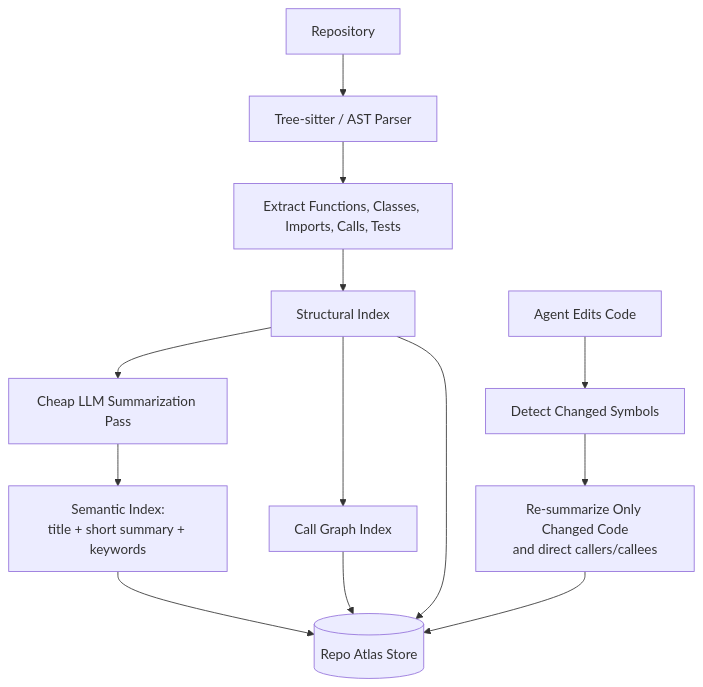
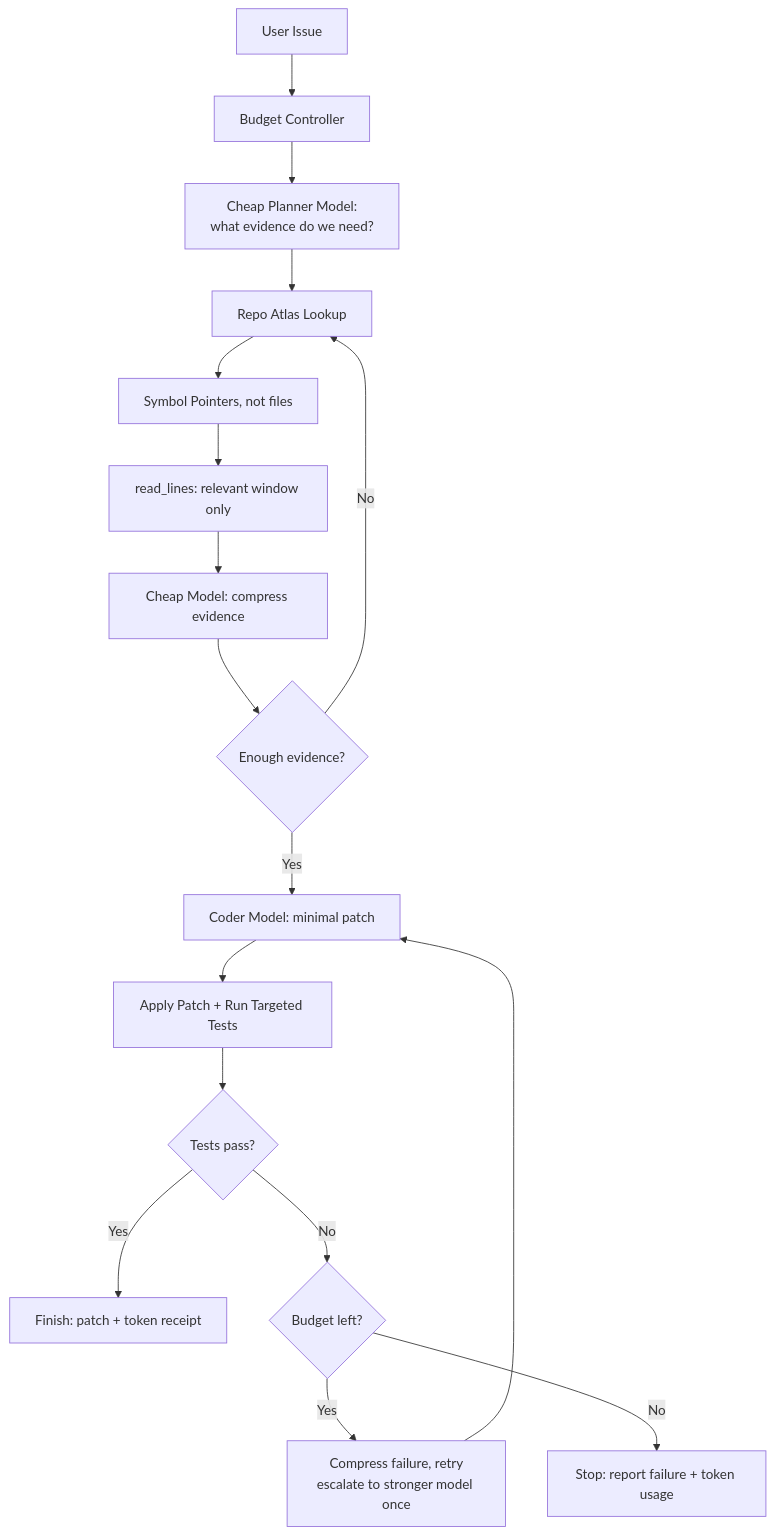
One commit to YazanDash/global-hackathon changed the third of 5 diagrams in README.md. Above: the diagram before and after it, drawn with Mermaid. The commit also changed other lines of this file, not shown here.

````diff
--- a/README.md
+++ b/README.md
@@ -92,19 +122,19 @@
 ```mermaid
 flowchart TD
-    A[Repository] --> B[Tree-sitter / AST Parser]
-    B --> C[Extract Functions, Classes, Imports, Calls, Tests]
-    C --> D[Structural Index]
-
-    D --> E[Cheap LLM Summarization Pass]
-    E --> F[Semantic Index:<br/>title + short summary + keywords]
-
-    D --> G[Call Graph Index]
-
-    F --> H[(Repo Atlas Store)]
-    G --> H
-    D --> H
-
-    I[Agent Edits Code] --> J[Detect Changed Symbols]
-    J --> K[Re-summarize Only Changed Code<br/>and direct callers/callees]
-    K --> H
+    A[User Issue] --> B[Budget Controller]
+    B --> C[Cheap Planner Model:<br/>what evidence do we need?]
+    C --> D[Repo Atlas Lookup]
+    D --> E[Symbol Pointers, not files]
+    E --> F[read_lines: relevant window only]
+    F --> G[Cheap Model: compress evidence]
+    G --> H{Enough evidence?}
+    H -- No --> D
+    H -- Yes --> I[Coder Model: minimal patch]
+    I --> J[Apply Patch + Run Targeted Tests]
+    J --> K{Tests pass?}
+    K -- Yes --> L[Finish: patch + token receipt]
+    K -- No --> M{Budget left?}
+    M -- Yes --> N[Compress failure, retry<br/>escalate to stronger model once]
+    N --> I
+    M -- No --> O[Stop: report failure + token usage]
 ```
````
